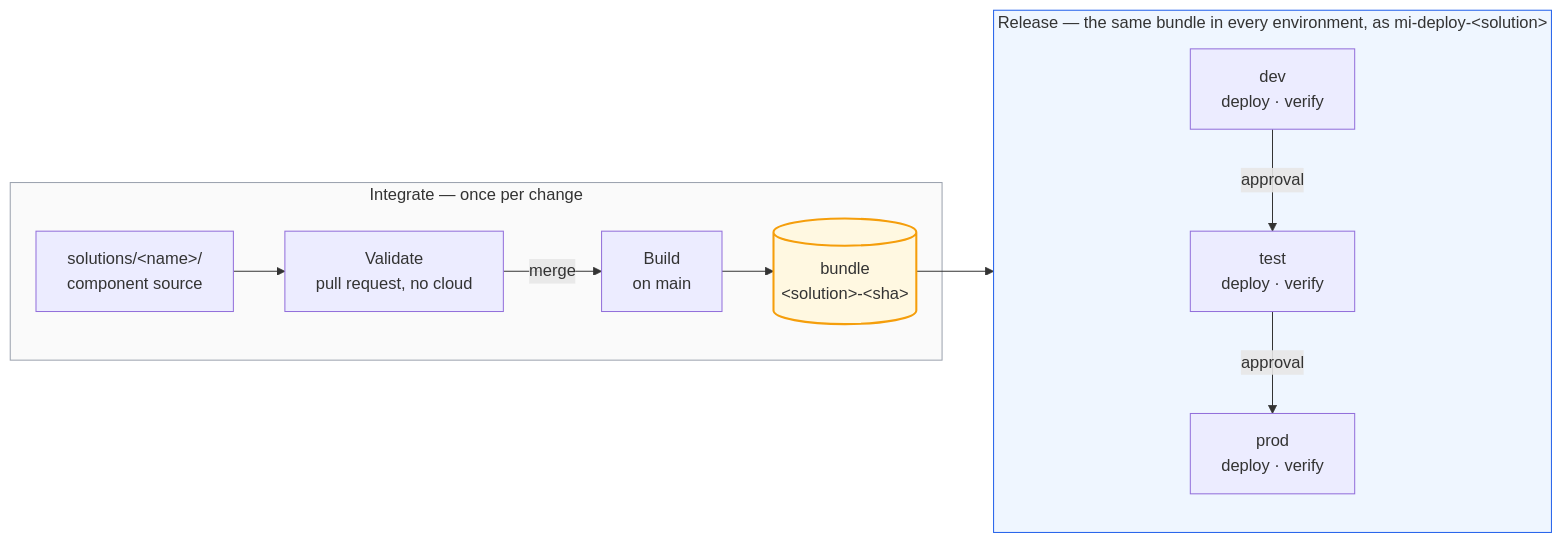
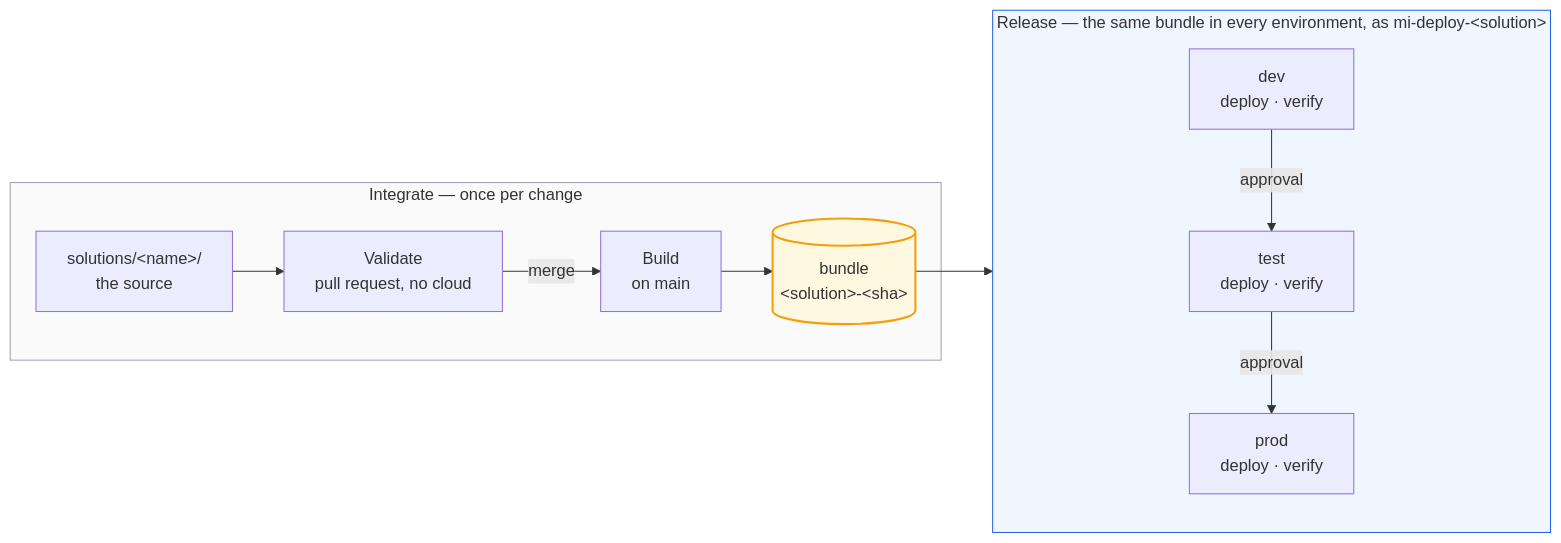
Before and after one commit to markadams31/fabric-dataops-blueprint: the diagram in docs/path-to-production.md, drawn with Mermaid. The commit also changed other lines of this file and 7 other files, not shown here.

````diff
--- a/docs/path-to-production.md
+++ b/docs/path-to-production.md
@@ -86,16 +85,16 @@
 ```mermaid
 flowchart LR
     subgraph CI ["Integrate — once per change"]
-        SRC["solutions/#60;name#62;/<br/>component source"] --> V["Validate<br/>pull request, no cloud"]
+        SRC["solutions/#60;name#62;/<br/>the source"] --> V["Validate<br/>pull request, no cloud"]
         V -->|"merge"| BLD["Build<br/>on main"]
         BLD --> BUN[("bundle<br/>#60;solution#62;-#60;sha#62;")]
     end
     subgraph CD ["Release — the same bundle in every environment, as mi-deploy-#60;solution#62;"]
         DEVE["dev<br/>deploy · verify"] -->|"approval"| TESTE["test<br/>deploy · verify"] -->|"approval"| PRODE["prod<br/>deploy · verify"]
     end
     BUN --> CD
     classDef gold fill:#fff8e1,stroke:#f59e0b,stroke-width:2px
     class BUN gold
     style CD fill:#eff6ff,stroke:#2563eb
     style CI fill:#fafafa,stroke:#9ca3af
 ```
````
